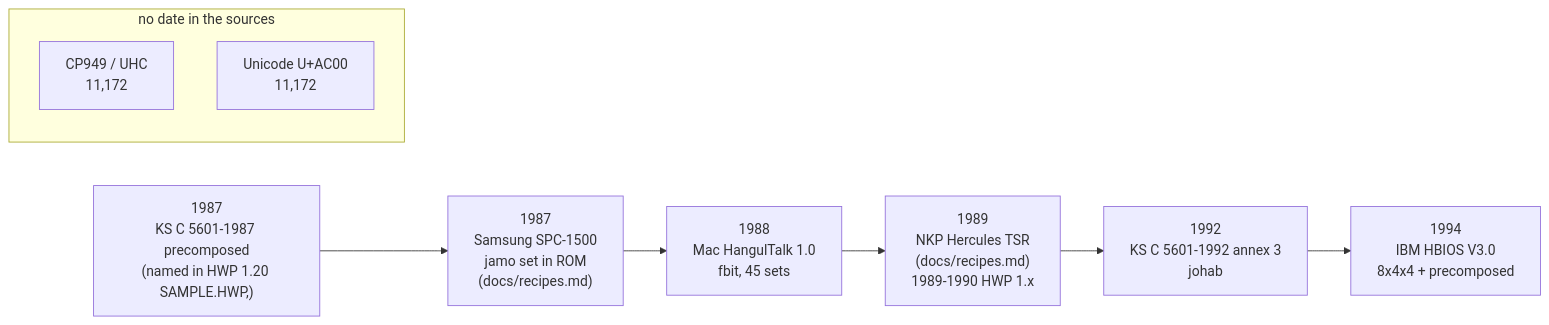
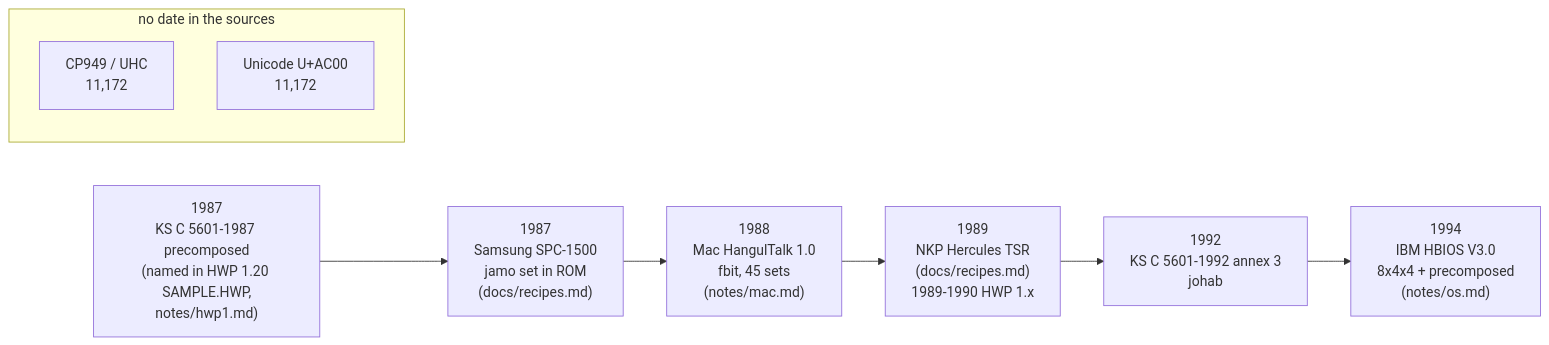
The sixth of 27 diagrams in docs/jamo-sets.md (TaehyunKimLL/svf-fonts-open), drawn with Mermaid before and after one commit. The commit also changed other lines of this file and 3 other files, not shown here.

Commit message:
docs/jamo-sets: review round 2 fixes: tables restored (31 render, no trailing cells), placeholder citations replaced by named sources, IoU example 2/5 = 0.4 and section order, unsupported wording removed (Trigem, early-to-mid 1980s), references renumbered (t_9de1eebd)

````diff
--- a/docs/jamo-sets.md
+++ b/docs/jamo-sets.md
@@ -208,14 +213,14 @@
 ```mermaid
 flowchart LR
-  A["1987<br/>KS C 5601-1987 precomposed<br/>(named in HWP 1.20 SAMPLE.HWP,)"]
+  A["1987<br/>KS C 5601-1987 precomposed<br/>(named in HWP 1.20 SAMPLE.HWP,<br/>notes/hwp1.md)"]
   B["1987<br/>Samsung SPC-1500<br/>jamo set in ROM<br/>(docs/recipes.md)"]
-  C["1988<br/>Mac HangulTalk 1.0<br/>fbit, 45 sets<br/>"]
+  C["1988<br/>Mac HangulTalk 1.0<br/>fbit, 45 sets<br/>(notes/mac.md)"]
   D["1989<br/>NKP Hercules TSR<br/>(docs/recipes.md)<br/>1989-1990 HWP 1.x"]
   E["1992<br/>KS C 5601-1992 annex 3<br/>johab"]
-  F["1994<br/>IBM HBIOS V3.0<br/>8x4x4 + precomposed<br/>"]
+  F["1994<br/>IBM HBIOS V3.0<br/>8x4x4 + precomposed<br/>(notes/os.md)"]
   A --> B --> C --> D --> E --> F
   subgraph N["no date in the sources"]
     G["CP949 / UHC<br/>11,172"]
     H["Unicode U+AC00<br/>11,172"]
   end
 ```
````
